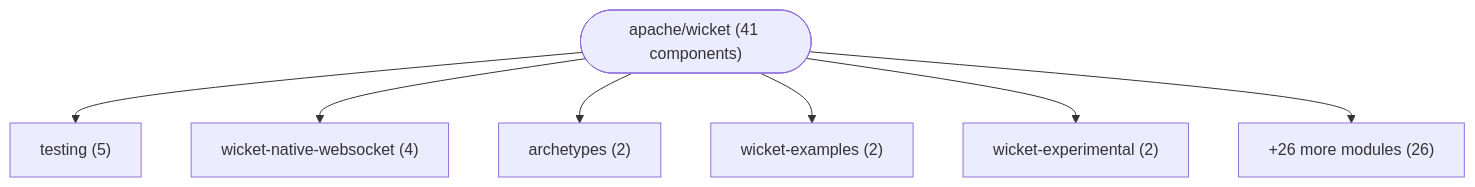
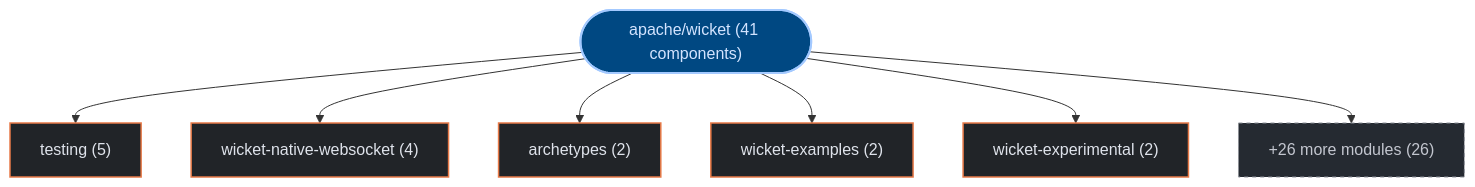
Before and after one commit to kumarshaz/atruss-code-atlas: the first of 3 diagrams in exports/latest/reports/apache-wicket-report.md, drawn with Mermaid. The commit also changed other lines of this file and 331 other files, not shown here.

Commit message:
docs,ui,fix: update SDLC docs, reorder CI/CD DAG first, stylize Mermaid, and fix Arc42 pipeline topology

````diff
--- a/exports/latest/reports/apache-wicket-report.md
+++ b/exports/latest/reports/apache-wicket-report.md
@@ -42,16 +42,23 @@
 ```mermaid
 graph TD;
-    repo_root(["apache/wicket (41 components)"])
-    dir_0_testing["testing (5)"]
+  classDef atlasRoot fill:#004882,stroke:#a3c9ff,stroke-width:2px,color:#d3e4ff
+  classDef atlasCategory fill:#212428,stroke:#E87A48,stroke-width:1.5px,color:#dfe3eb
+  classDef atlasWorkflow fill:#1b2026,stroke:#a3c9ff,stroke-width:1.5px,color:#dfe3eb
+  classDef atlasJob fill:#171c22,stroke:#8d9199,stroke-width:1px,color:#dfe3eb
+  classDef atlasTarget fill:#005227,stroke:#8bd99b,stroke-width:1.5px,color:#a7f6b6
+  classDef atlasAlert fill:#93000a,stroke:#ffb4ab,stroke-width:1.5px,color:#ffdad6
+  classDef atlasMore fill:#252a31,stroke:#8d9199,stroke-dasharray:4 4,color:#c3c6cf
+    repo_root(["apache/wicket (41 components)"]):::atlasRoot
+    dir_0_testing["testing (5)"]:::atlasCategory
     repo_root --> dir_0_testing
-    dir_1_wicket_native_websocket["wicket-native-websocket (4)"]
+    dir_1_wicket_native_websocket["wicket-native-websocket (4)"]:::atlasCategory
     repo_root --> dir_1_wicket_native_websocket
-    dir_2_archetypes["archetypes (2)"]
+    dir_2_archetypes["archetypes (2)"]:::atlasCategory
     repo_root --> dir_2_archetypes
-    dir_3_wicket_examples["wicket-examples (2)"]
+    dir_3_wicket_examples["wicket-examples (2)"]:::atlasCategory
     repo_root --> dir_3_wicket_examples
-    dir_4_wicket_experimental["wicket-experimental (2)"]
+    dir_4_wicket_experimental["wicket-experimental (2)"]:::atlasCategory
     repo_root --> dir_4_wicket_experimental
-    dir_other_modules["+26 more modules (26)"]
+    dir_other_modules["+26 more modules (26)"]:::atlasMore
     repo_root --> dir_other_modules
 ```
````
